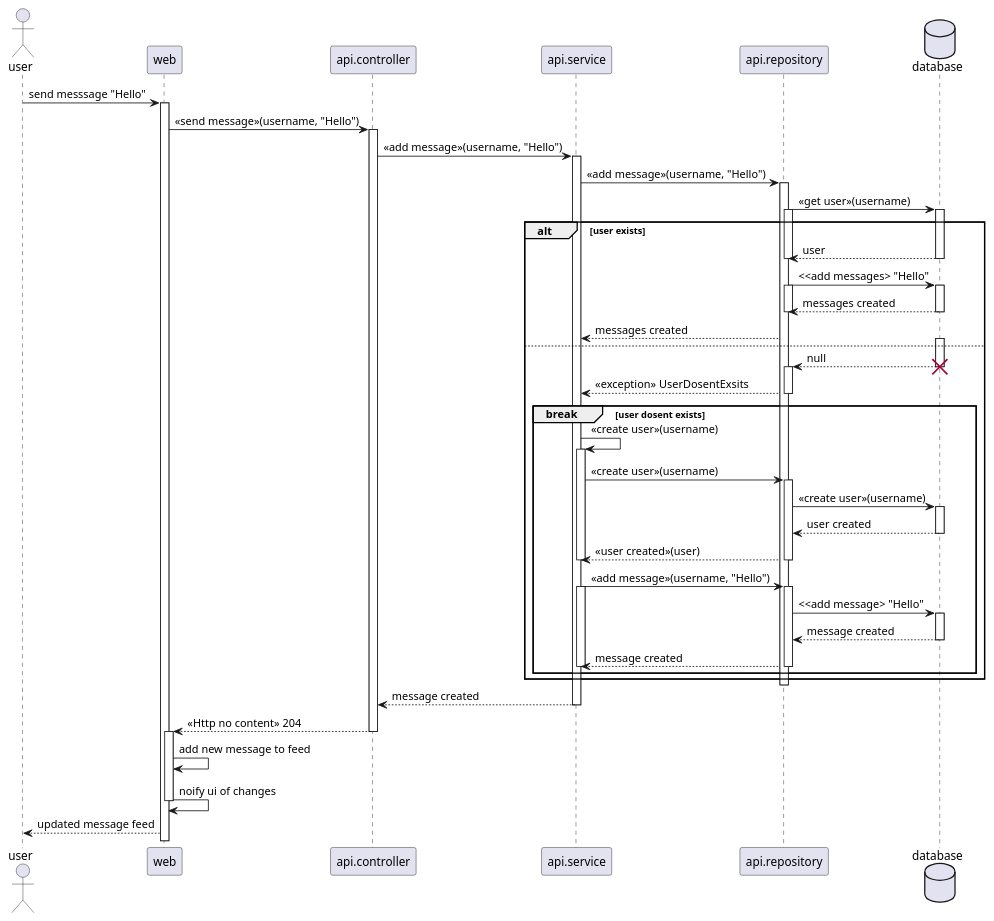
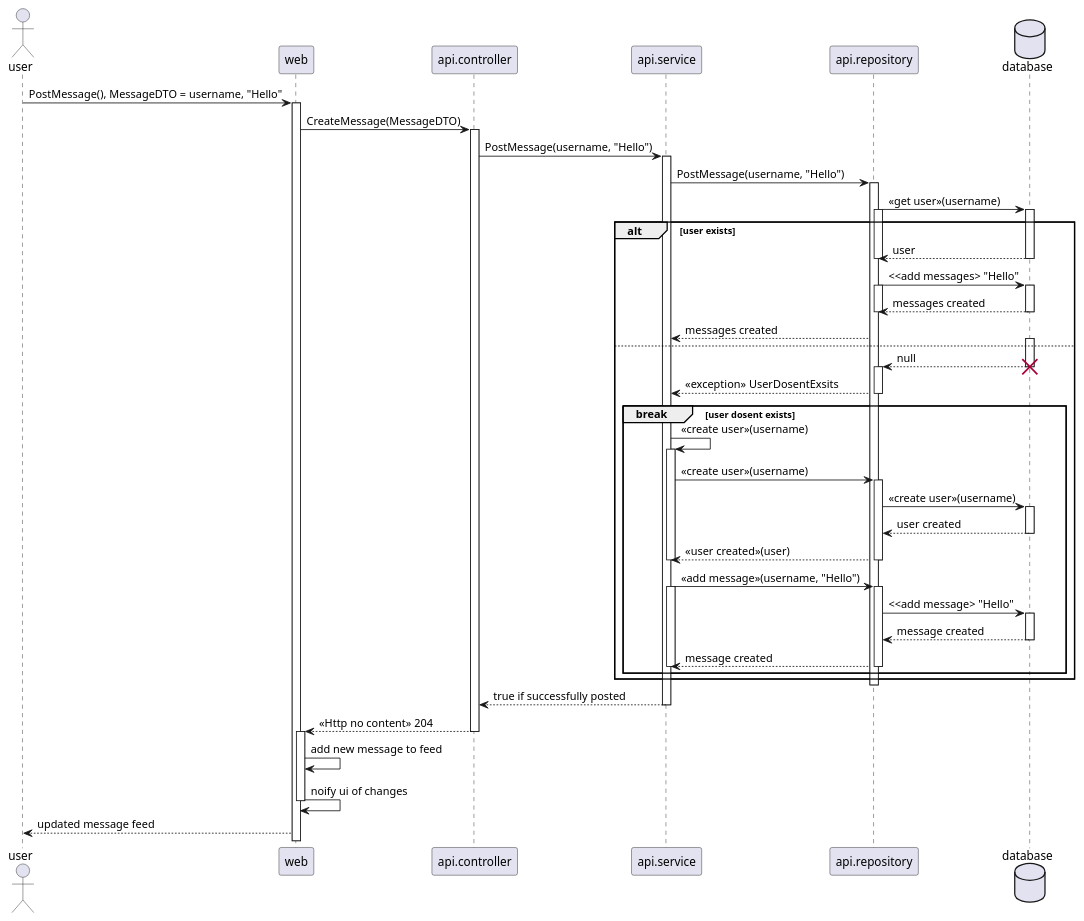
Before and after one commit to ITU-DevOps2025-GROUP-A/itu-minitwit: the diagram in docs/Diagrams/SequenceDigram-user-to-database.wsd, drawn with PlantUML.

Commit message:
docs<sequenceDiagram>: added some methods to diagram

```diff
--- a/docs/Diagrams/SequenceDigram-user-to-database.wsd
+++ b/docs/Diagrams/SequenceDigram-user-to-database.wsd
@@ -1,90 +1,90 @@
 @startuml
 actor user
 participant web
 participant api.controller
 participant api.service
 participant api.repository
 database database
 
-user -> web : send messsage "Hello"
+user -> web : PostMessage(), MessageDTO = username, "Hello"
 activate web
 
-web -> api.controller : <<send message>>(username, "Hello")
+web -> api.controller : CreateMessage(MessageDTO)
 activate api.controller
 
-api.controller -> api.service : <<add message>>(username, "Hello")
+api.controller -> api.service : PostMessage(username, "Hello")
 activate api.service
 
-api.service -> api.repository : <<add message>>(username, "Hello")
+api.service -> api.repository : PostMessage(username, "Hello")
 activate api.repository
 
 api.repository -> database : <<get user>>(username)
     alt user exists
         activate api.repository
         activate database
         api.repository <-- database : user
         deactivate api.repository
         deactivate database
         api.repository -> database : <<add messages> "Hello"
         activate api.repository
         activate database
         api.repository <-- database : messages created
         deactivate database
         deactivate api.repository
         api.service <-- api.repository : messages created
     else 
         activate database
         api.repository <-- database : null
         destroy database
         activate api.repository
         
         api.service <-- api.repository : <<exception>> UserDosentExsits
         deactivate api.repository
 
         break user dosent exists
             api.service -> api.service : <<create user>>(username)
             activate api.service
 
             api.service -> api.repository : <<create user>>(username)
             activate api.repository
             
             api.repository -> database : <<create user>>(username)
             activate database
             
             api.repository <-- database : user created
             deactivate database
 
             api.service <-- api.repository : <<user created>>(user)
             deactivate api.service
             deactivate api.repository
 
             api.service -> api.repository : <<add message>>(username, "Hello")
             activate api.service
             activate api.repository
 
             api.repository -> database : <<add message> "Hello"
             activate database
 
             api.repository <-- database : message created
             deactivate database
             
             api.service <-- api.repository : message created
             deactivate api.service
             deactivate api.repository
         end
     end
 deactivate api.repository
 
-api.controller <-- api.service : message created
+api.controller <-- api.service : true if successfully posted
 deactivate api.service
 
 web <-- api.controller : <<Http no content>> 204
 deactivate api.controller
 
 activate web
 web -> web : add new message to feed
 web -> web : noify ui of changes 
 deactivate web
 
 user <-- web : updated message feed
 @enduml
```
